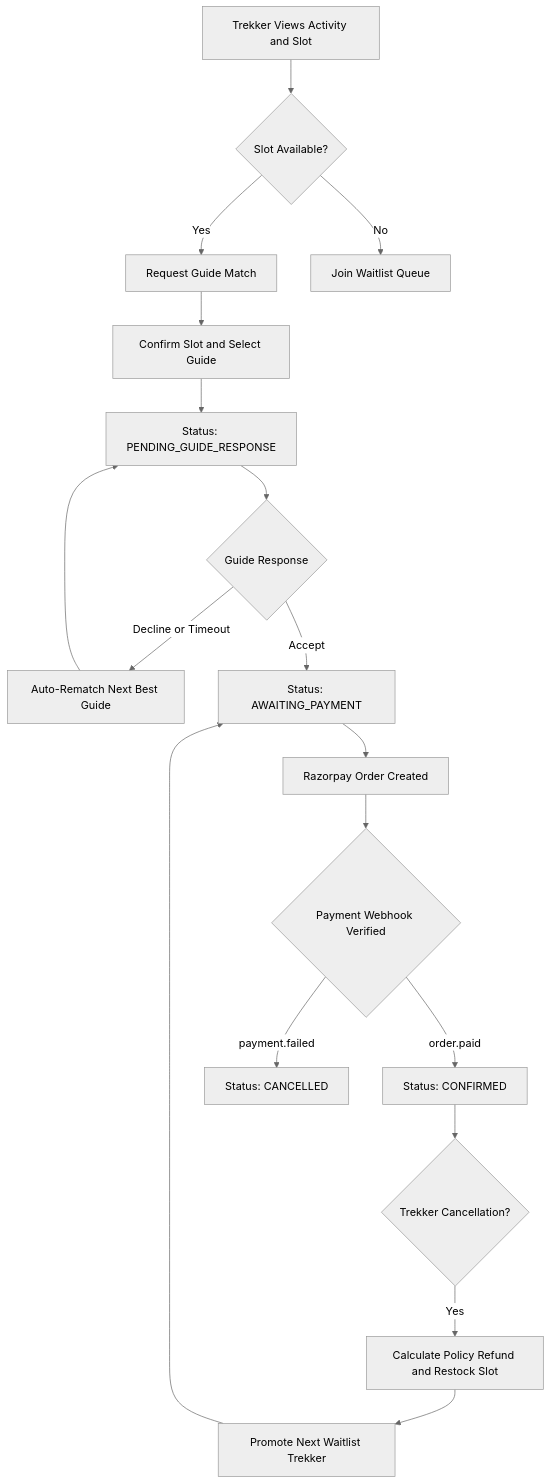
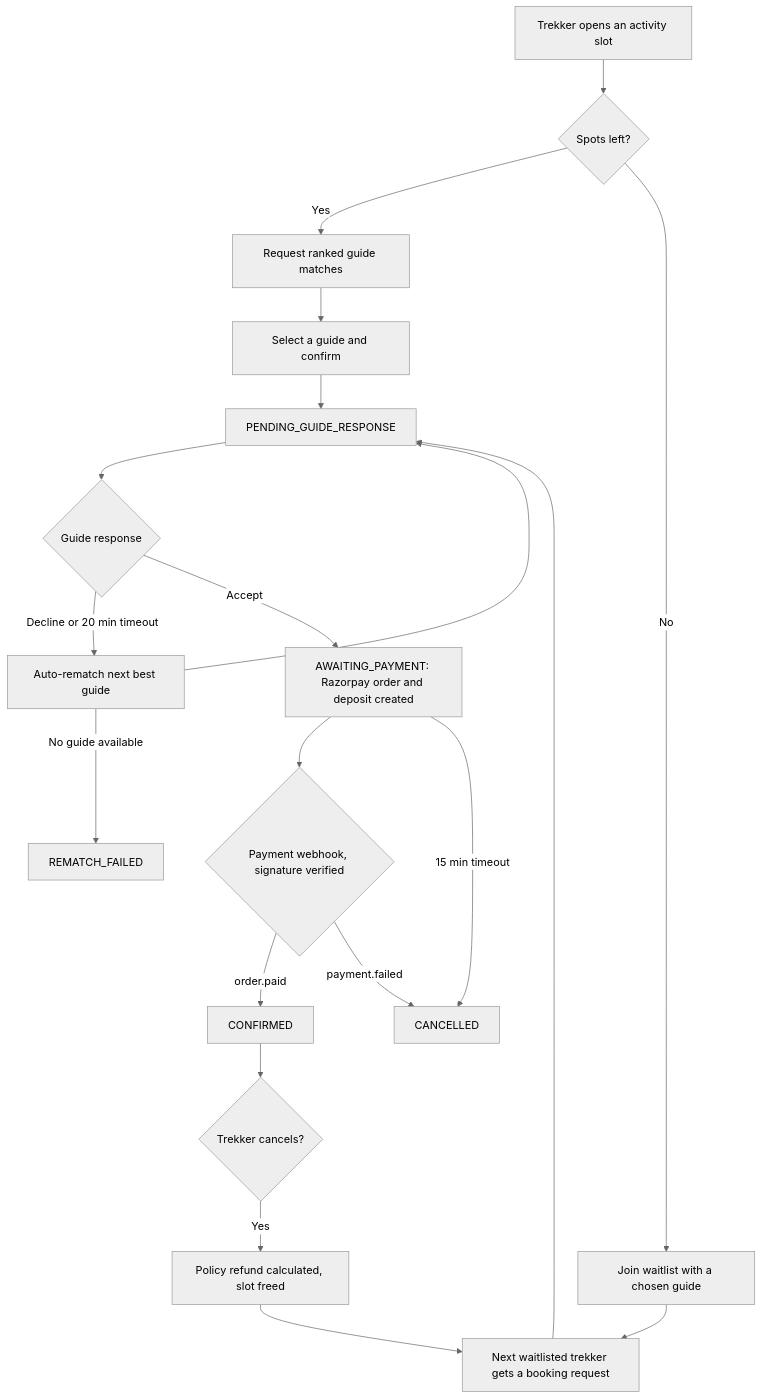
Before and after one commit to YadavKshitiz/peak-connect_backend: the first of 3 diagrams in README.md, drawn with Mermaid (neutral theme). The commit also changed other lines of this file, not shown here.

````diff
--- a/README.md
+++ b/README.md
@@ -56,20 +90,22 @@
 ```mermaid
 flowchart TD
-    A[Trekker Views Activity and Slot] --> B{Slot Available?}
-    B -- Yes --> C[Request Guide Match]
-    B -- No --> W[Join Waitlist Queue]
-    C --> D[Confirm Slot and Select Guide]
-    D --> E[Status: PENDING_GUIDE_RESPONSE]
-    E --> F{Guide Response}
-    F -- Decline or Timeout --> G[Auto-Rematch Next Best Guide]
+    A["Trekker opens an activity slot"] --> B{"Spots left?"}
+    B -- Yes --> C["Request ranked guide matches"]
+    B -- No --> W["Join waitlist with a chosen guide"]
+    C --> D["Select a guide and confirm"]
+    D --> E["PENDING_GUIDE_RESPONSE"]
+    E --> F{"Guide response"}
+    F -- "Decline or 20 min timeout" --> G["Auto-rematch next best guide"]
     G --> E
-    F -- Accept --> H[Status: AWAITING_PAYMENT]
-    H --> I[Razorpay Order Created]
-    I --> J{Payment Webhook Verified}
-    J -- order.paid --> K[Status: CONFIRMED]
-    J -- payment.failed --> L[Status: CANCELLED]
-    K --> M{Trekker Cancellation?}
-    M -- Yes --> N[Calculate Policy Refund and Restock Slot]
-    N --> O[Promote Next Waitlist Trekker]
-    O --> H
+    G -- "No guide available" --> R["REMATCH_FAILED"]
+    F -- Accept --> H["AWAITING_PAYMENT: Razorpay order and deposit created"]
+    H --> I{"Payment webhook, signature verified"}
+    I -- "order.paid" --> K["CONFIRMED"]
+    I -- "payment.failed" --> L["CANCELLED"]
+    H -- "15 min timeout" --> L
+    K --> M{"Trekker cancels?"}
+    M -- Yes --> N["Policy refund calculated, slot freed"]
+    N --> O["Next waitlisted trekker gets a booking request"]
+    O --> E
+    W --> O
 ```
````
